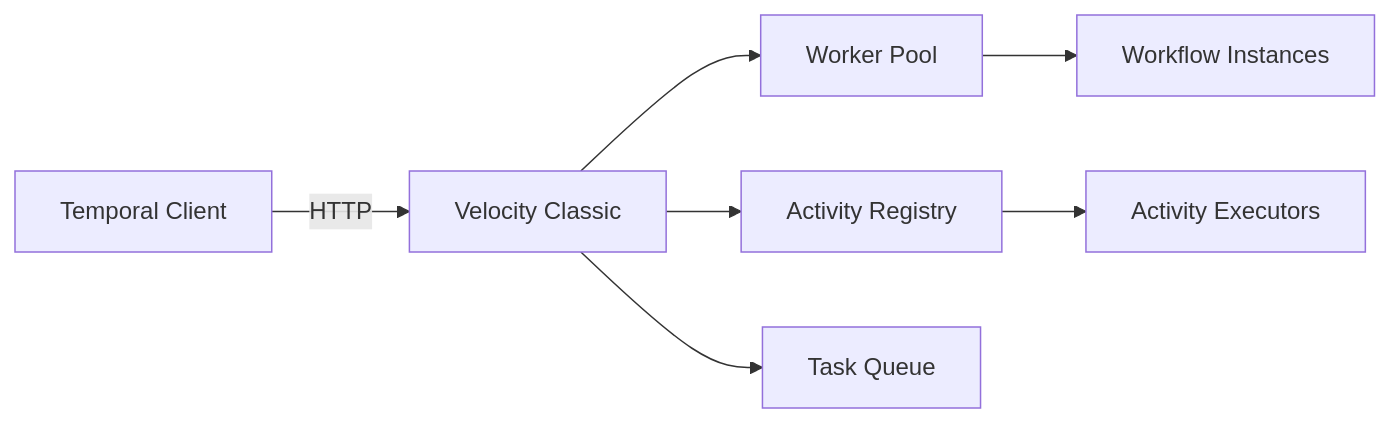
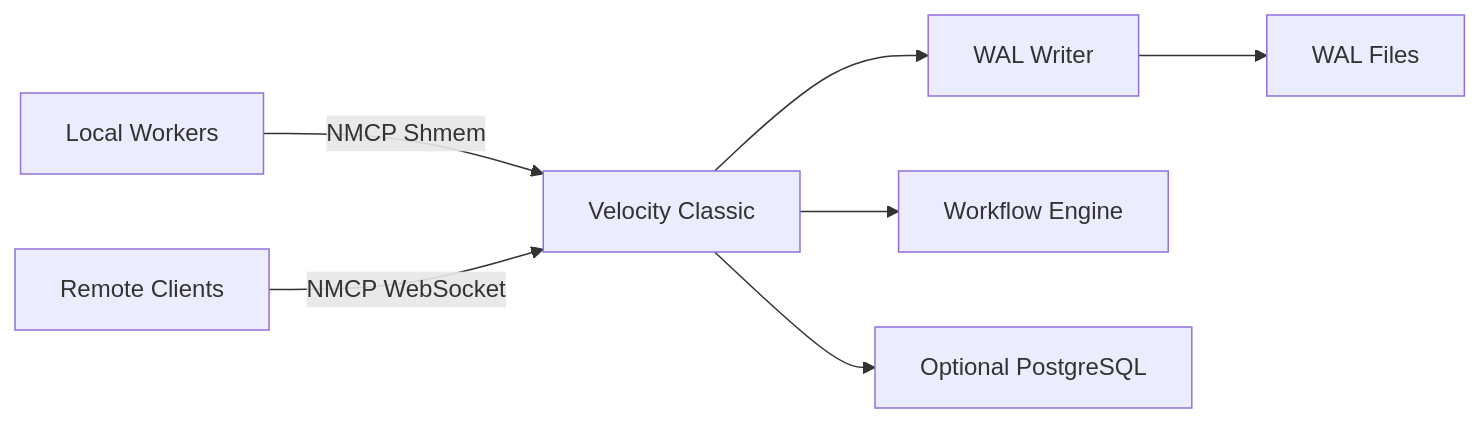
The fourth of 23 diagrams in .qoder/repowiki/en/content/Architecture Overview.md (UnitBuilds-CC/V.E.L.O.C.I.T.Y.-WorkFlow), drawn with Mermaid before and after one commit. The commit also changed other lines of this file and 18 other files, not shown here.

````diff
--- a/.qoder/repowiki/en/content/Architecture Overview.md
+++ b/.qoder/repowiki/en/content/Architecture Overview.md
@@ -139,9 +181,9 @@
 ```mermaid
 graph LR
-    A[Temporal Client] -->|HTTP| B[Velocity Classic]
-    B --> C[Worker Pool]
-    C --> D[Workflow Instances]
-    B --> E[Activity Registry]
-    E --> F[Activity Executors]
-    B --> G[Task Queue]
+    A[Local Workers] -->|NMCP Shmem| B[Velocity Classic]
+    C[Remote Clients] -->|NMCP WebSocket| B
+    B --> D[WAL Writer]
+    D --> E[WAL Files]
+    B --> F[Workflow Engine]
+    B --> G[Optional PostgreSQL]
 ```
````
